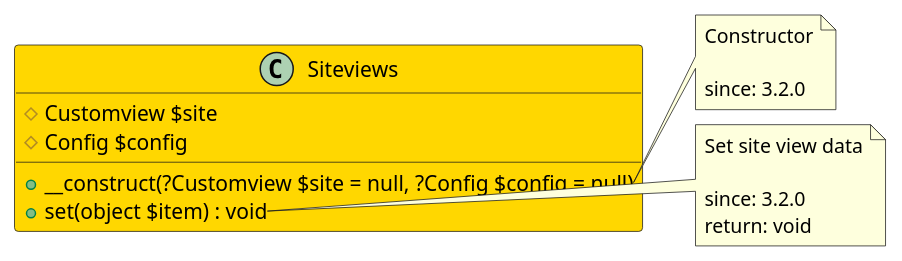
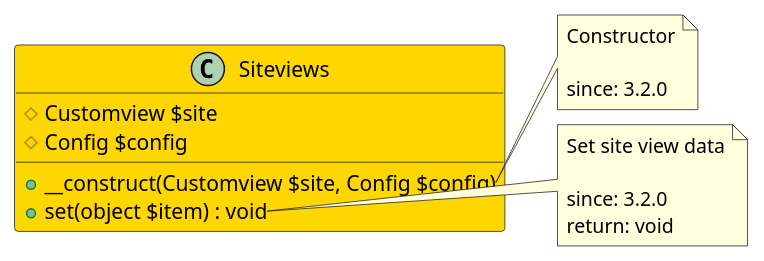
One commit to joomengine/jcb-compiler changed the diagram in src/e0075978-315d-4807-8507-ce9c6922a885/README.md. Above: the diagram before and after it, drawn with PlantUML. The commit also changed 558 other files, not shown here.

````diff
--- a/src/e0075978-315d-4807-8507-ce9c6922a885/README.md
+++ b/src/e0075978-315d-4807-8507-ce9c6922a885/README.md
@@ -12,24 +12,24 @@
 ```uml
 @startuml
 class Siteviews  #Gold {
   # Customview $site
   # Config $config
-  + __construct(?Customview $site = null, ?Config $config = null)
+  + __construct(Customview $site, Config $config)
   + set(object $item) : void
 }
 
 note right of Siteviews::__construct
   Constructor
 
   since: 3.2.0
 end note
 
 note right of Siteviews::set
   Set site view data
 
   since: 3.2.0
   return: void
 end note
  
 @enduml
 ```
````
